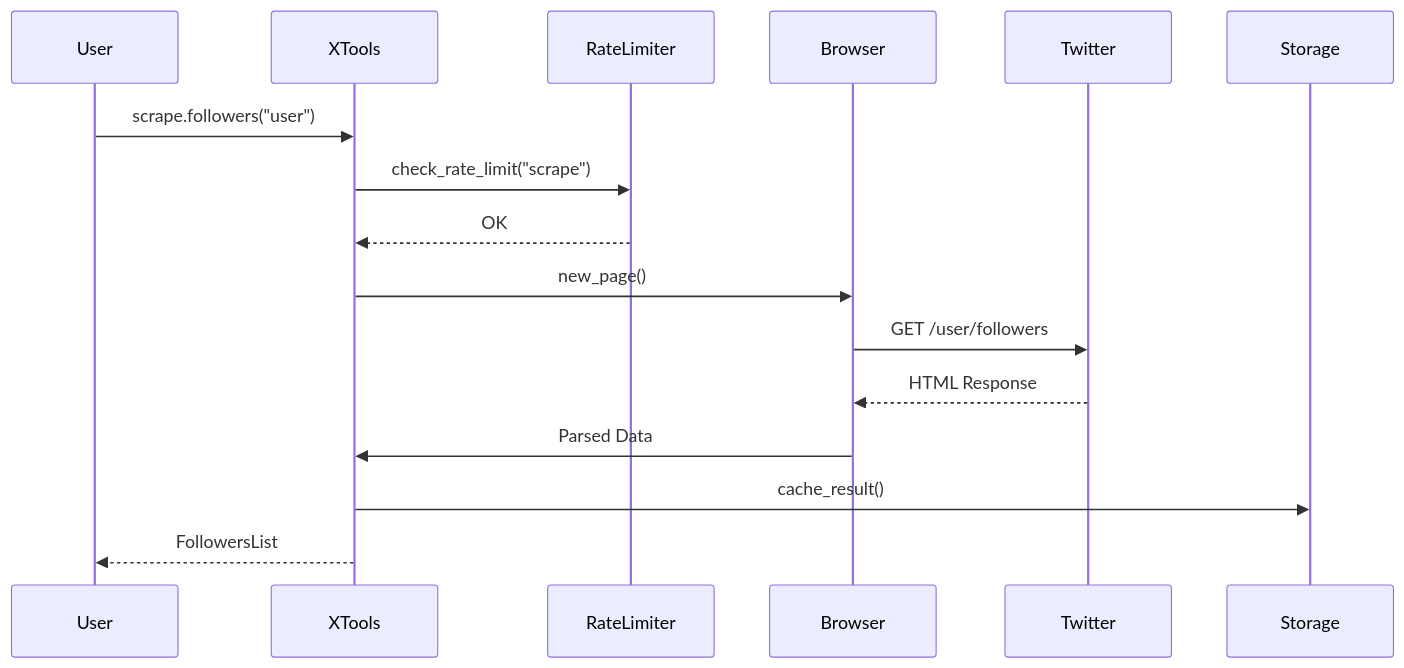
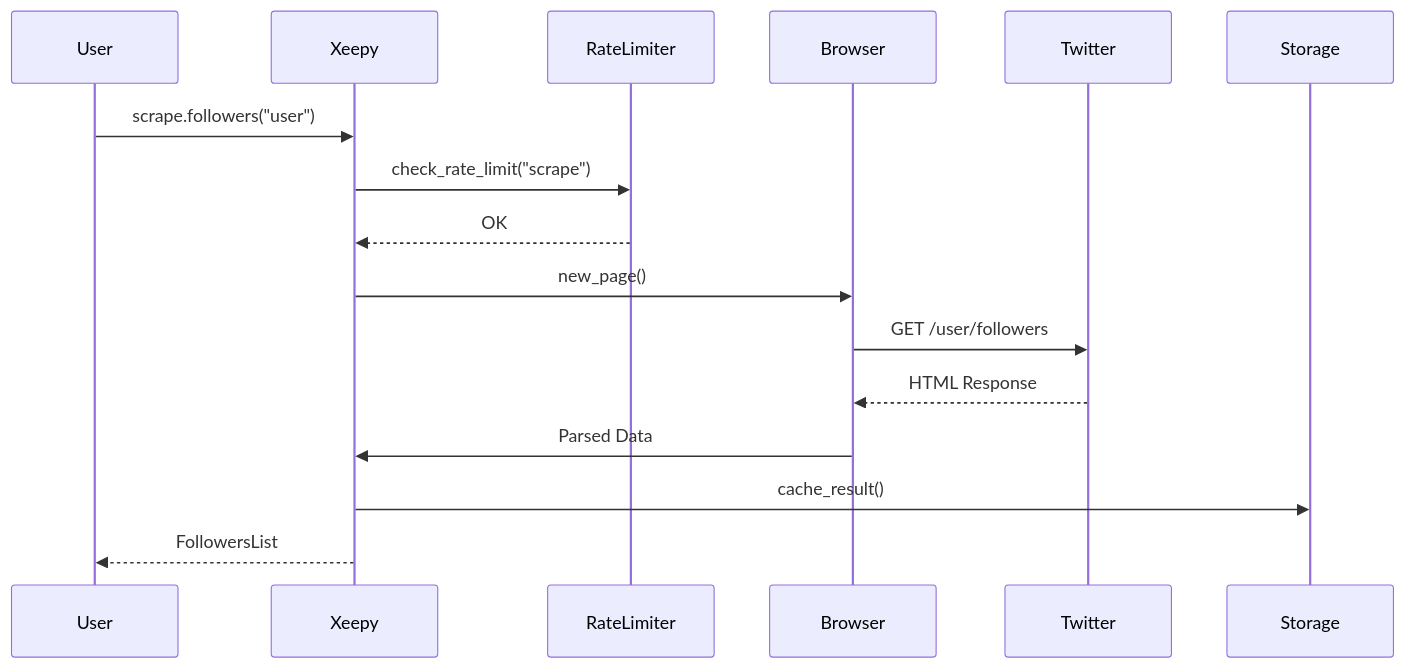
Before and after one commit to nirholas/crypto-vision: the second of 2 diagrams in docs/advanced/architecture.md, drawn with Mermaid. The commit also changed other lines of this file and 773 other files, not shown here.

First line of the commit message:
🎨 Rebrand XTools to Xeepy - The free Tweepy alternative

````diff
--- a/docs/advanced/architecture.md
+++ b/docs/advanced/architecture.md
@@ -213,19 +213,19 @@
 ```mermaid
 sequenceDiagram
     participant User
-    participant XTools
+    participant Xeepy
     participant RateLimiter
     participant Browser
     participant Twitter
     participant Storage
     
-    User->>XTools: scrape.followers("user")
-    XTools->>RateLimiter: check_rate_limit("scrape")
-    RateLimiter-->>XTools: OK
-    XTools->>Browser: new_page()
+    User->>Xeepy: scrape.followers("user")
+    Xeepy->>RateLimiter: check_rate_limit("scrape")
+    RateLimiter-->>Xeepy: OK
+    Xeepy->>Browser: new_page()
     Browser->>Twitter: GET /user/followers
     Twitter-->>Browser: HTML Response
-    Browser->>XTools: Parsed Data
-    XTools->>Storage: cache_result()
-    XTools-->>User: FollowersList
+    Browser->>Xeepy: Parsed Data
+    Xeepy->>Storage: cache_result()
+    Xeepy-->>User: FollowersList
 ```
````
